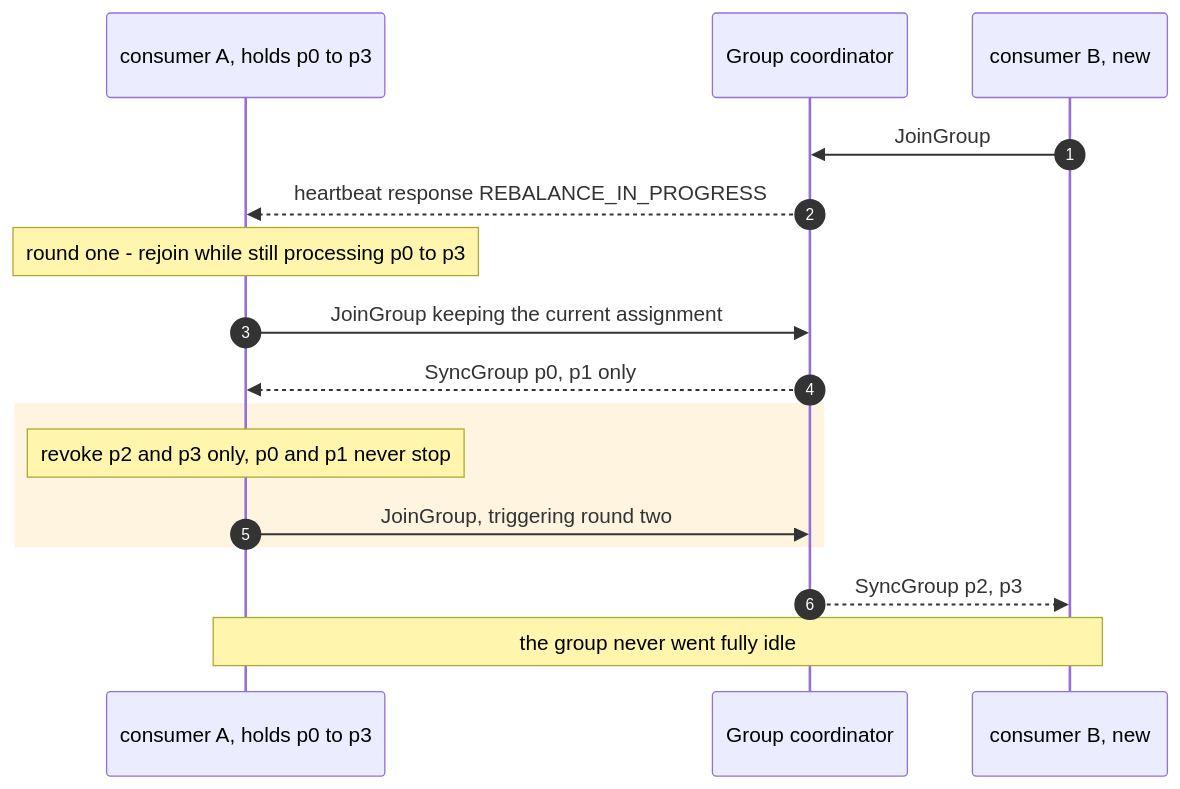
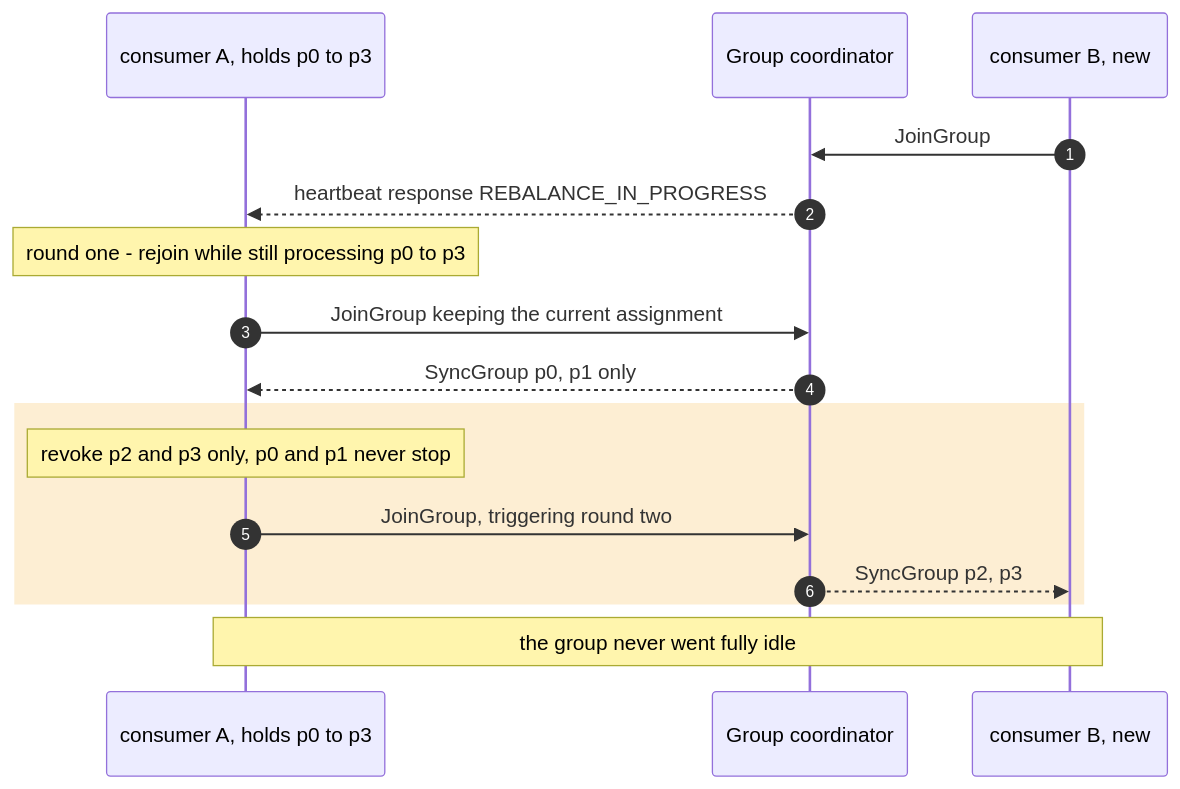
One commit to DmytroLysenko1/Kafka-lab changed the second of 2 diagrams in docs/static/08-rebalance.md. Above: the diagram before and after it, drawn with Mermaid. The commit also changed other lines of this file and 13 other files, not shown here.

Commit message:
fixed four diagram defects and added the transactions case.

````diff
--- a/docs/static/08-rebalance.md
+++ b/docs/static/08-rebalance.md
@@ -46,22 +46,22 @@
 ```mermaid
 sequenceDiagram
     autonumber
     participant A as consumer A, holds p0 to p3
     participant CO as Group coordinator
     participant B as consumer B, new
 
     B->>CO: JoinGroup
     CO-->>A: heartbeat response REBALANCE_IN_PROGRESS
 
     Note over A: round one - rejoin while still processing p0 to p3
     A->>CO: JoinGroup keeping the current assignment
     CO-->>A: SyncGroup p0, p1 only
 
-    rect rgb(255, 244, 224)
+    rect rgba(245, 158, 11, 0.18)
         Note over A: revoke p2 and p3 only, p0 and p1 never stop
         A->>CO: JoinGroup, triggering round two
+        CO-->>B: SyncGroup p2, p3
     end
 
-    CO-->>B: SyncGroup p2, p3
     Note over A,B: the group never went fully idle
 ```
````
